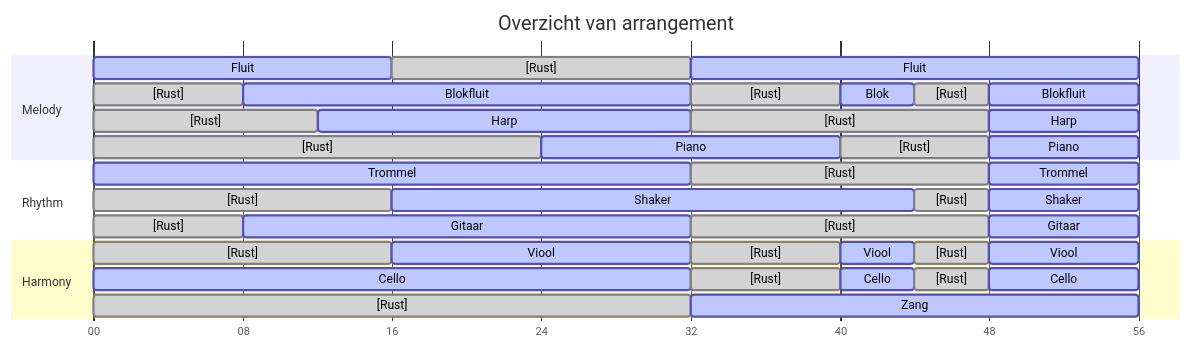
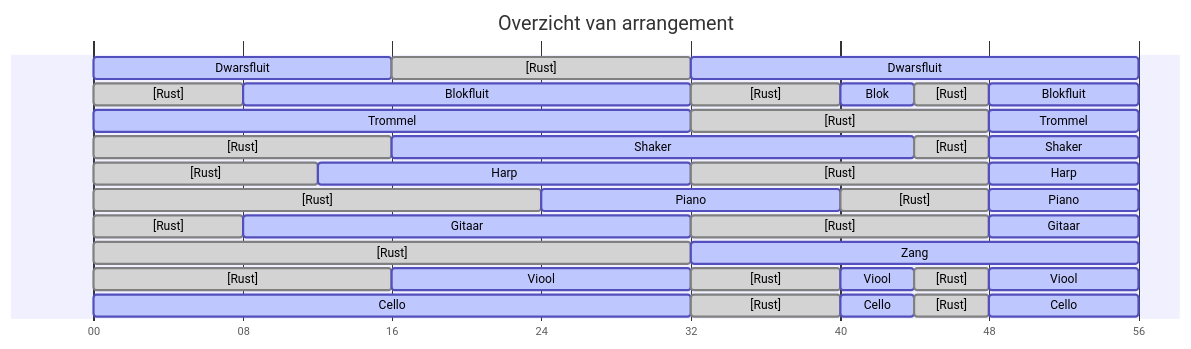
The diagram in src/diagrams/arrangement-overview.mmd (macabot/gorillaz-mountain), drawn with Mermaid before and after one commit. The commit also changed 33 other files, not shown here.

```diff
--- a/src/diagrams/arrangement-overview.mmd
+++ b/src/diagrams/arrangement-overview.mmd
@@ -1,62 +1,59 @@
 ---
 displayMode: compact
 ---
 gantt
     title Overzicht van arrangement
     dateFormat mm:ss
     axisFormat %S
     tickInterval 8second
 
-    section Melody
-    Fluit               :active, 00:00, 00:16
+    Dwarsfluit          :active, 00:00, 00:16
     [Rust]              :done,   00:16, 00:32
-    Fluit               :active, 00:32, 00:56
+    Dwarsfluit          :active, 00:32, 00:56
 
     [Rust]              :done,   00:00, 00:08
     Blokfluit           :active, 00:08, 00:32
     [Rust]              :done,   00:32, 00:40
     Blok                :active, 00:40, 00:44
     [Rust]              :done,   00:44, 00:48
     Blokfluit           :active, 00:48, 00:56
+
+    Trommel             :active, 00:00, 00:32
+    [Rust]              :done,   00:32, 00:48
+    Trommel             :active, 00:48, 00:56
+
+    [Rust]              :done,   00:00, 00:16
+    Shaker              :active, 00:16, 00:44
+    [Rust]              :done,   00:44, 00:48
+    Shaker              :active, 00:48, 00:56
 
     [Rust]              :done,   00:00, 00:12
     Harp                :active, 00:12, 00:32
     [Rust]              :done,   00:32, 00:48
     Harp                :active, 00:48, 00:56
 
     [Rust]              :done,   00:00, 00:24
     Piano               :active, 00:24, 00:40
     [Rust]              :done,   00:40, 00:48
     Piano               :active, 00:48, 00:56
 
-    section Rhythm
-    Trommel             :active, 00:00, 00:32
-    [Rust]              :done,   00:32, 00:48
-    Trommel             :active, 00:48, 00:56
-
-    [Rust]              :done,   00:00, 00:16
-    Shaker              :active, 00:16, 00:44
-    [Rust]              :done,   00:44, 00:48
-    Shaker              :active, 00:48, 00:56
-
     [Rust]              :done,   00:00, 00:08
     Gitaar              :active, 00:08, 00:32
     [Rust]              :done,   00:32, 00:48
     Gitaar              :active, 00:48, 00:56
 
-    section Harmony
+    [Rust]              :done,   00:00, 00:32
+    Zang                :active, 00:32, 00:56
+
     [Rust]              :done,   00:00, 00:16
     Viool               :active, 00:16, 00:32
     [Rust]              :done,   00:32, 00:40
     Viool               :active, 00:40, 00:44
     [Rust]              :done,   00:44, 00:48
     Viool               :active, 00:48, 00:56
 
     Cello               :active, 00:00, 00:32
     [Rust]              :done,   00:32, 00:40
     Cello               :active, 00:40, 00:44
     [Rust]              :done,   00:44, 00:48
     Cello               :active, 00:48, 00:56
-
-    [Rust]              :done,   00:00, 00:32
-    Zang                :active, 00:32, 00:56
```
